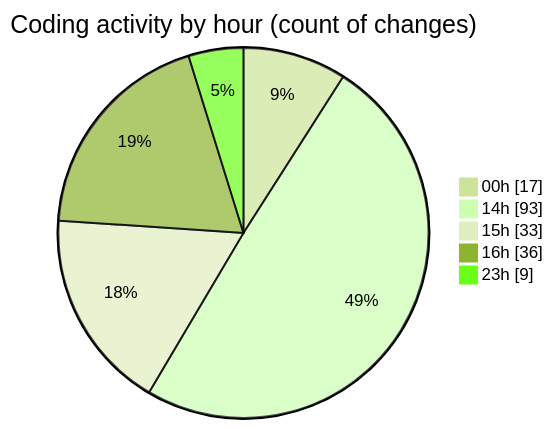
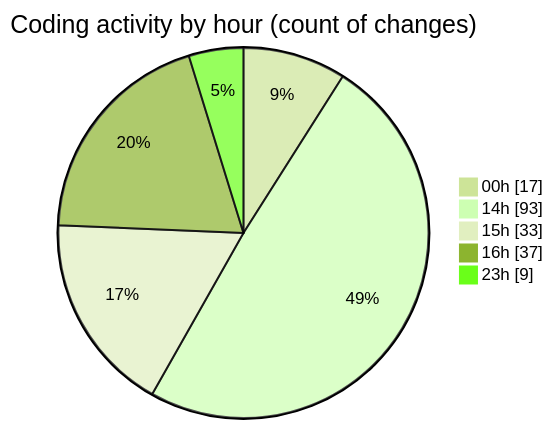
One commit to Ritupan-Deka/code-tracking changed the second of 2 diagrams in 2025-07-20/mern-workoutboard/README.md. Above: the diagram before and after it, drawn with Mermaid (forest theme). The commit also changed other lines of this file and 1 other file, not shown here.

````diff
--- a/2025-07-20/mern-workoutboard/README.md
+++ b/2025-07-20/mern-workoutboard/README.md
@@ -36,9 +36,9 @@
 ```mermaid
 pie showData
 title Coding activity by hour (count of changes)
 "00h" : 17
 "14h" : 93
 "15h" : 33
-"16h" : 36
+"16h" : 37
 "23h" : 9
 ```
````
